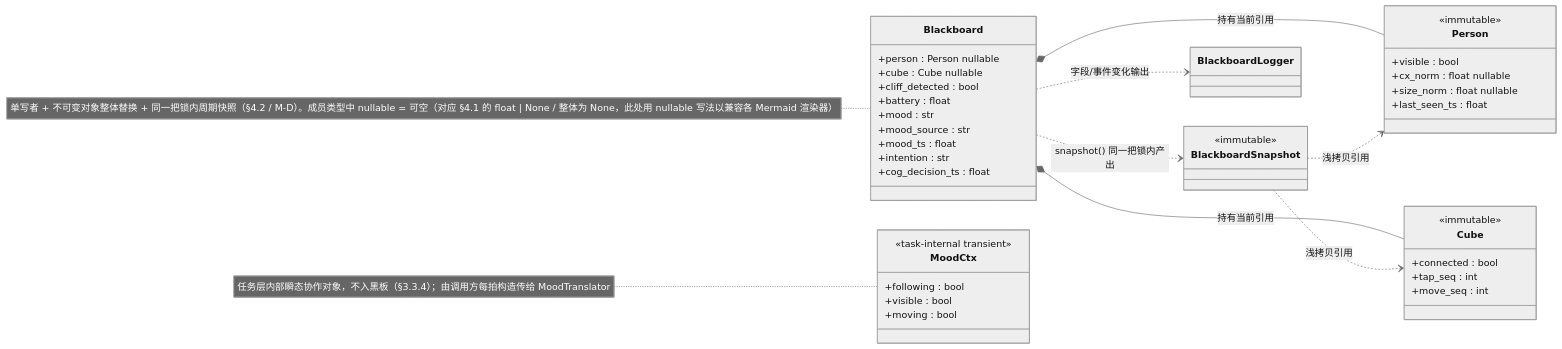
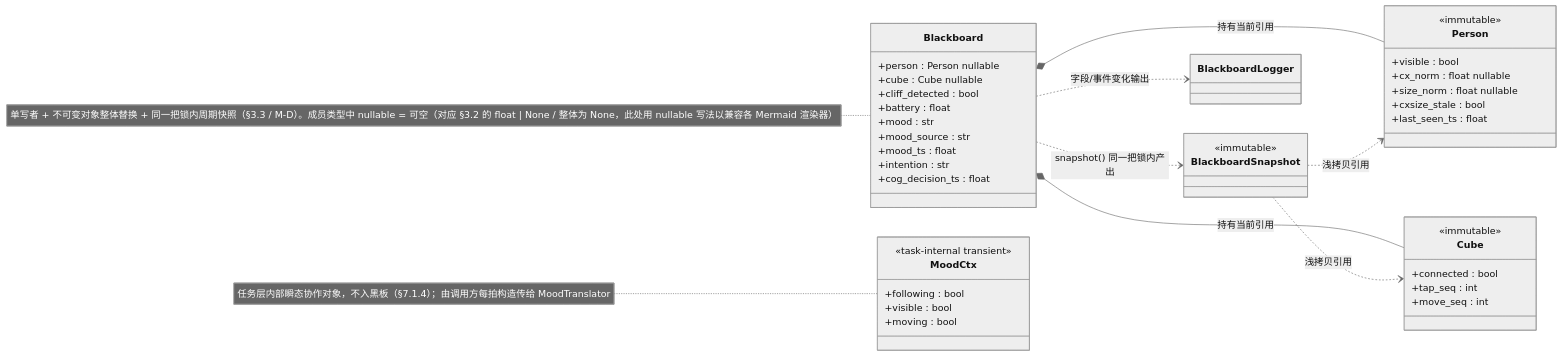
The second of 12 diagrams in docs/requirements/follow-me/follow-me-fds.md (keeploading/super-baby), drawn with Mermaid (neutral theme) before and after one commit. The commit also changed other lines of this file and 3 other files, not shown here.

````diff
--- a/docs/requirements/follow-me/follow-me-fds.md
+++ b/docs/requirements/follow-me/follow-me-fds.md
@@ -126,47 +167,48 @@
 ```mermaid
 classDiagram
     direction LR
     class Blackboard {
         +person : Person nullable
         +cube : Cube nullable
         +cliff_detected : bool
         +battery : float
         +mood : str
         +mood_source : str
         +mood_ts : float
         +intention : str
         +cog_decision_ts : float
     }
     class BlackboardSnapshot {
         <<immutable>>
     }
     class Person {
         <<immutable>>
         +visible : bool
         +cx_norm : float nullable
         +size_norm : float nullable
+        +cxsize_stale : bool
         +last_seen_ts : float
     }
     class Cube {
         <<immutable>>
         +connected : bool
         +tap_seq : int
         +move_seq : int
     }
     class BlackboardLogger
     class MoodCtx {
         <<task-internal transient>>
         +following : bool
         +visible : bool
         +moving : bool
     }
 
     Blackboard *-- Person : 持有当前引用
     Blackboard *-- Cube : 持有当前引用
     Blackboard ..> BlackboardSnapshot : snapshot() 同一把锁内产出
     Blackboard ..> BlackboardLogger : 字段/事件变化输出
     BlackboardSnapshot ..> Person : 浅拷贝引用
     BlackboardSnapshot ..> Cube : 浅拷贝引用
-    note for MoodCtx "任务层内部瞬态协作对象，不入黑板（§3.3.4）；由调用方每拍构造传给 MoodTranslator"
-    note for Blackboard "单写者 + 不可变对象整体替换 + 同一把锁内周期快照（§4.2 / M-D）。成员类型中 nullable = 可空（对应 §4.1 的 float | None / 整体为 None，此处用 nullable 写法以兼容各 Mermaid 渲染器）"
+    note for MoodCtx "任务层内部瞬态协作对象，不入黑板（§7.1.4）；由调用方每拍构造传给 MoodTranslator"
+    note for Blackboard "单写者 + 不可变对象整体替换 + 同一把锁内周期快照（§3.3 / M-D）。成员类型中 nullable = 可空（对应 §3.2 的 float | None / 整体为 None，此处用 nullable 写法以兼容各 Mermaid 渲染器）"
 ```
````
